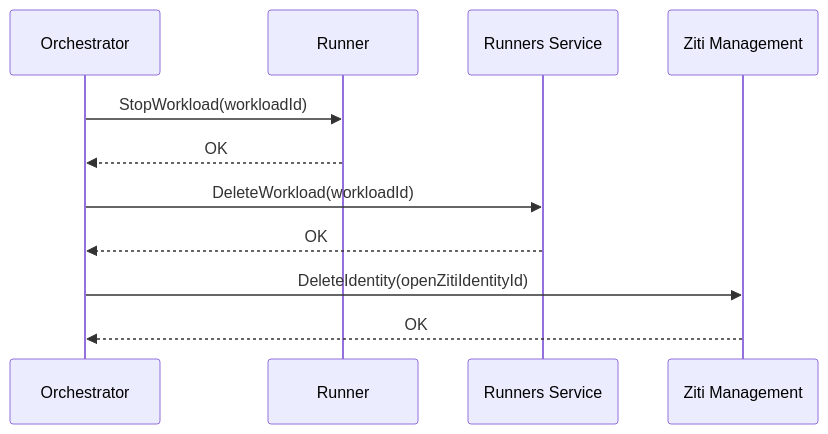
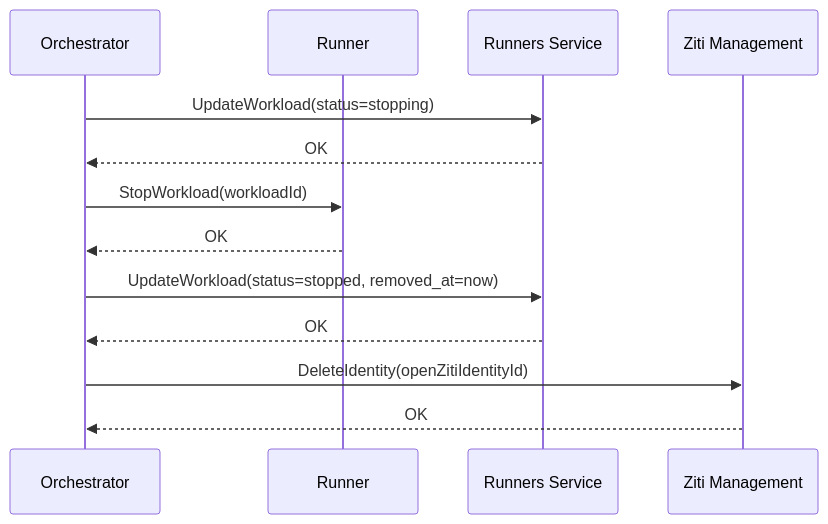
The fourth of 4 diagrams in architecture/agents-orchestrator.md (agynio/architecture), drawn with Mermaid before and after one commit. The commit also changed other lines of this file and 6 other files, not shown here.

````diff
--- a/architecture/agents-orchestrator.md
+++ b/architecture/agents-orchestrator.md
@@ -162,14 +169,16 @@
 ```mermaid
 sequenceDiagram
     participant O as Orchestrator
     participant R as Runner
     participant RS as Runners Service
     participant ZM as Ziti Management
 
+    O->>RS: UpdateWorkload(status=stopping)
+    RS-->>O: OK
     O->>R: StopWorkload(workloadId)
     R-->>O: OK
-    O->>RS: DeleteWorkload(workloadId)
+    O->>RS: UpdateWorkload(status=stopped, removed_at=now)
     RS-->>O: OK
     O->>ZM: DeleteIdentity(openZitiIdentityId)
     ZM-->>O: OK
 ```
````
